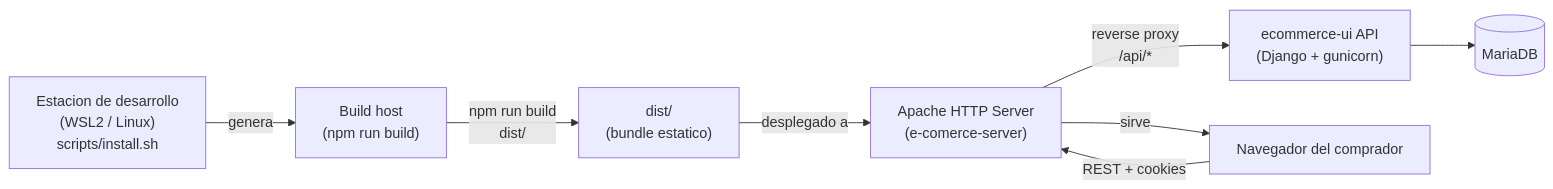
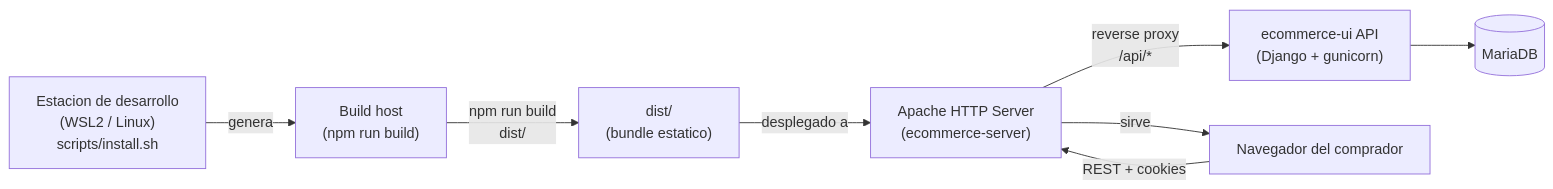
The first of 2 diagrams in docs/vista-de-despliegue/vista-de-despliegue.md (jcg-admin/template-ecommerce-ui), drawn with Mermaid before and after one commit. The commit also changed other lines of this file and 15 other files, not shown here.

````diff
--- a/docs/vista-de-despliegue/vista-de-despliegue.md
+++ b/docs/vista-de-despliegue/vista-de-despliegue.md
@@ -8,17 +8,17 @@
 ```mermaid
 flowchart LR
     Dev["Estacion de desarrollo<br/>(WSL2 / Linux)<br/>scripts/install.sh"]
     CI["Build host<br/>(npm run build)"]
-    Apache["Apache HTTP Server<br/>(e-comerce-server)"]
+    Apache["Apache HTTP Server<br/>(ecommerce-server)"]
     UI["dist/<br/>(bundle estatico)"]
     Django["ecommerce-ui API<br/>(Django + gunicorn)"]
     DB[("MariaDB")]
 
     Dev -->|"genera"| CI
     CI -->|"npm run build<br/>dist/"| UI
     UI -->|"desplegado a"| Apache
     Apache -->|"sirve"| Cliente["Navegador del comprador"]
     Cliente -->|"REST + cookies"| Apache
     Apache -->|"reverse proxy<br/>/api/*"| Django
     Django --> DB
 ```
````
